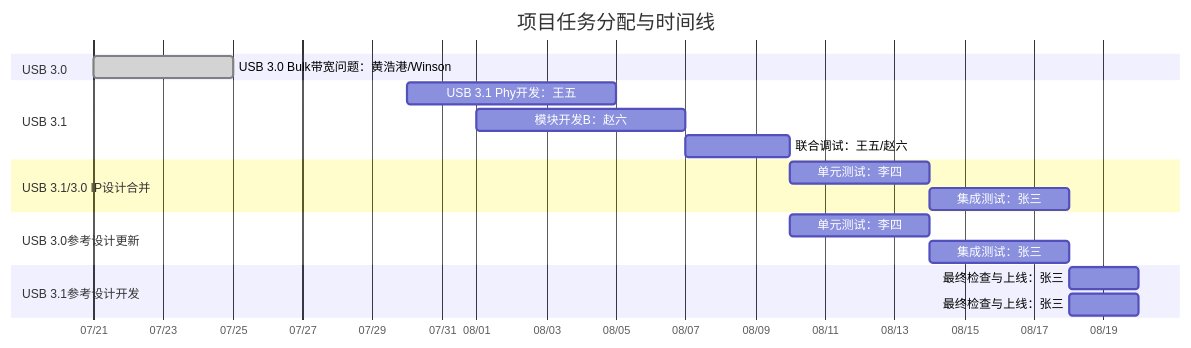
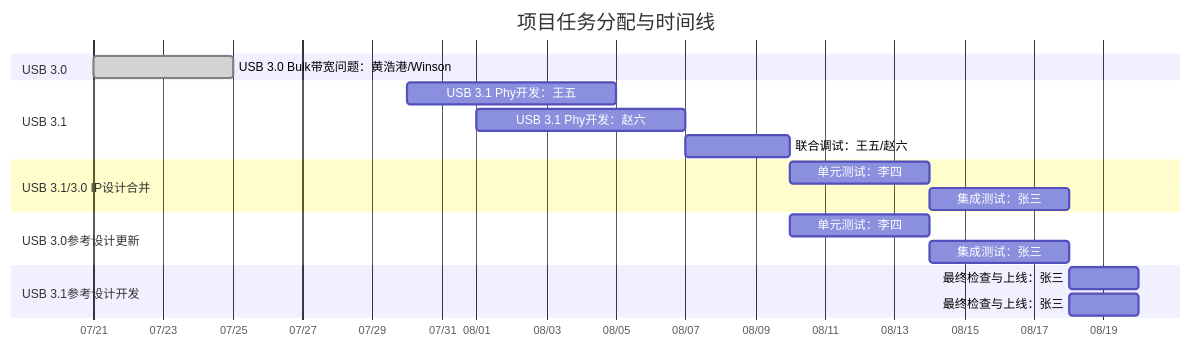
The diagram in all/未命名.md (winsonbook/iodraw-files), drawn with Mermaid before and after one commit.

Commit message:
2025-07-21 09:43:22 update

````diff
--- a/all/未命名.md
+++ b/all/未命名.md
@@ -1,29 +1,29 @@
 ```mermaid
 gantt
     title 项目任务分配与时间线
     dateFormat  YYYY-MM-DD
     axisFormat  %m/%d
 
     section USB 3.0
     USB 3.0 Bulk带宽问题：黄浩港/Winson   :done,    task1, 2025-07-21, 4d
 
     section USB 3.1
     USB 3.1 Phy开发：王五      :         task3, 2025-07-30, 6d
-    模块开发B：赵六      :         task4, 2025-08-01, 6d
+    USB 3.1 Phy开发：赵六      :         task4, 2025-08-01, 6d
     联合调试：王五/赵六  :         task5, 2025-08-07, 3d
 
     section USB 3.1/3.0 IP设计合并
     单元测试：李四       :         task6, 2025-08-10, 4d
     集成测试：张三       :         task7, 2025-08-14, 4d
 
     section USB 3.0参考设计更新
     单元测试：李四       :         task6, 2025-08-10, 4d
     集成测试：张三       :         task7, 2025-08-14, 4d
 
     section USB 3.1参考设计开发
     最终检查与上线：张三 :         task8, 2025-08-18, 2d
 
     section USB 3.1参考设计开发
     最终检查与上线：张三 :         task8, 2025-08-18, 2d
 
 ```
````
